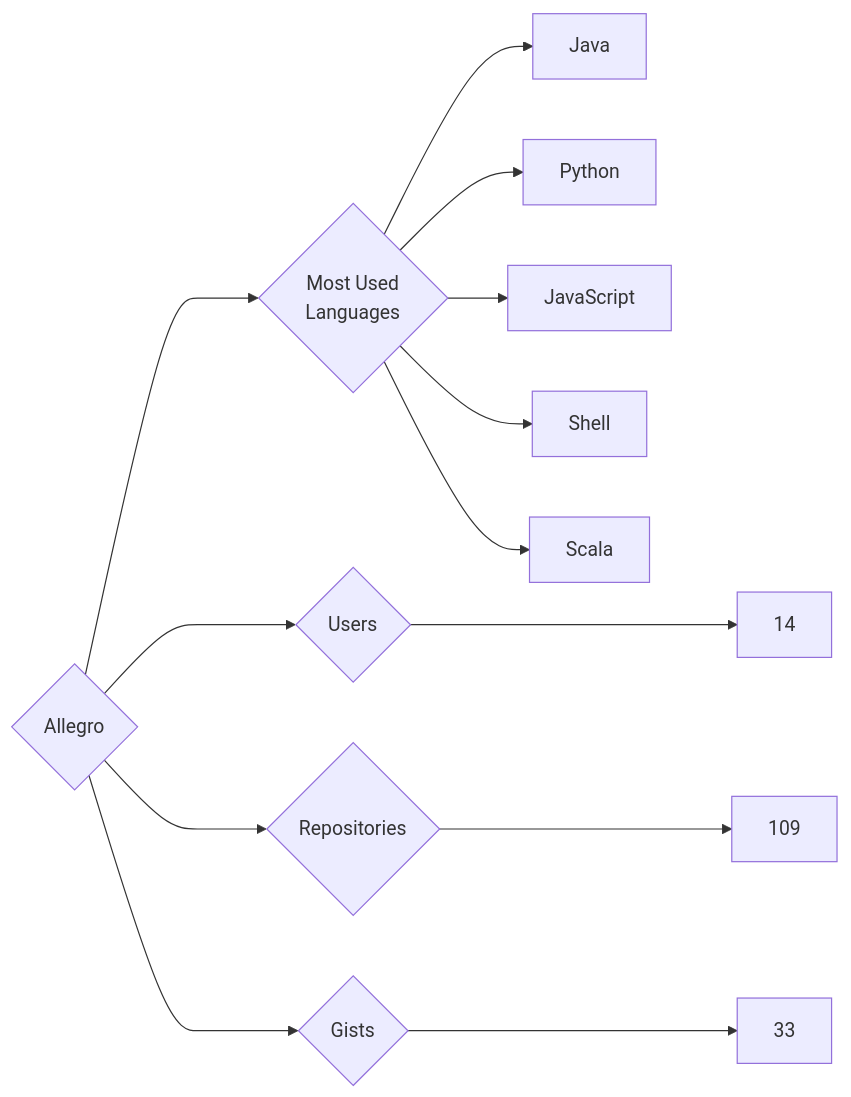
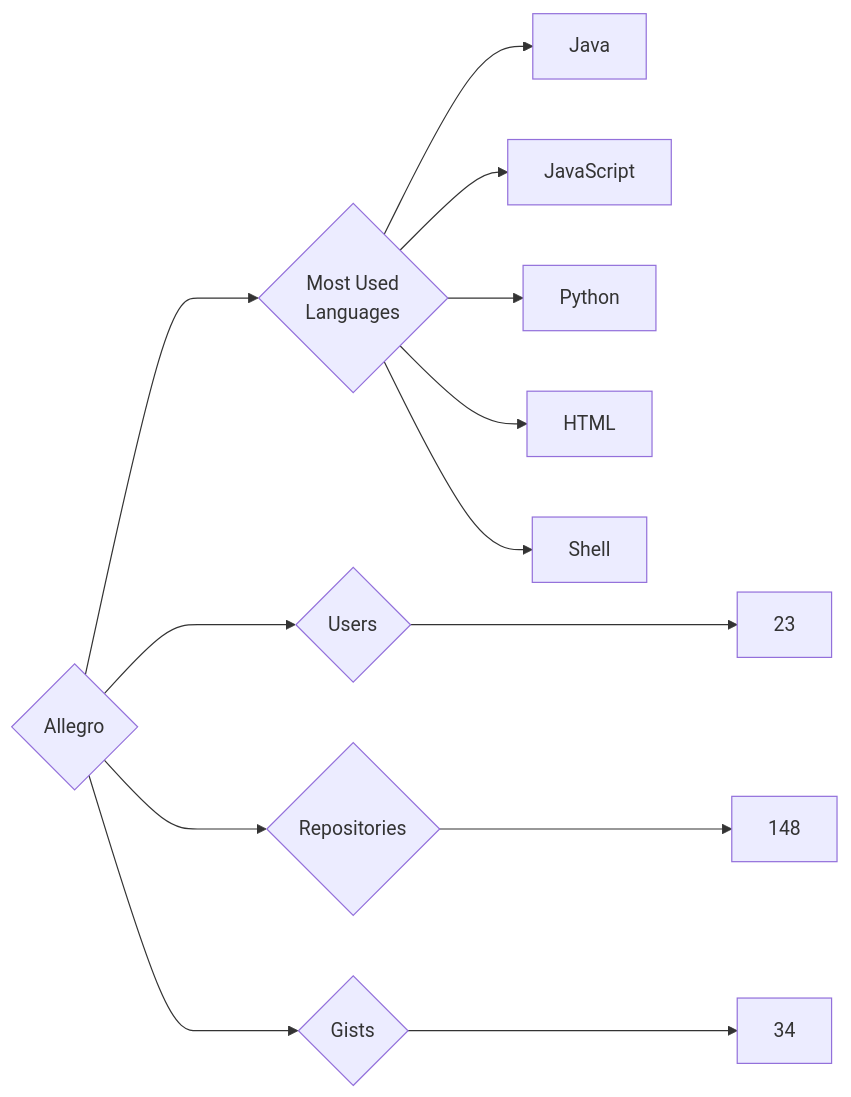
Before and after one commit to trickest/insiders: the diagram in targets/Allegro/README.md, drawn with Mermaid. The commit also changed 951 other files, not shown here.

````diff
--- a/targets/Allegro/README.md
+++ b/targets/Allegro/README.md
@@ -3,13 +3,13 @@
 ```mermaid
 graph LR
 COMPANY_NAME{Allegro}
-COMPANY_NAME ---> U{Users} ---> UN[14]
-COMPANY_NAME ---> R{Repositories} ---> RN[109]
-COMPANY_NAME ---> G{Gists} ---> GN[33]
+COMPANY_NAME ---> U{Users} ---> UN[23]
+COMPANY_NAME ---> R{Repositories} ---> RN[148]
+COMPANY_NAME ---> G{Gists} ---> GN[34]
 COMPANY_NAME ---> ML{Most Used<br>Languages}
-ML --> Java
-ML --> Python
-ML --> JavaScript
-ML --> Shell
-ML --> Scala
+ML --> Java[Java]
+ML --> JavaScript[JavaScript]
+ML --> Python[Python]
+ML --> HTML[HTML]
+ML --> Shell[Shell]
 ```
````
